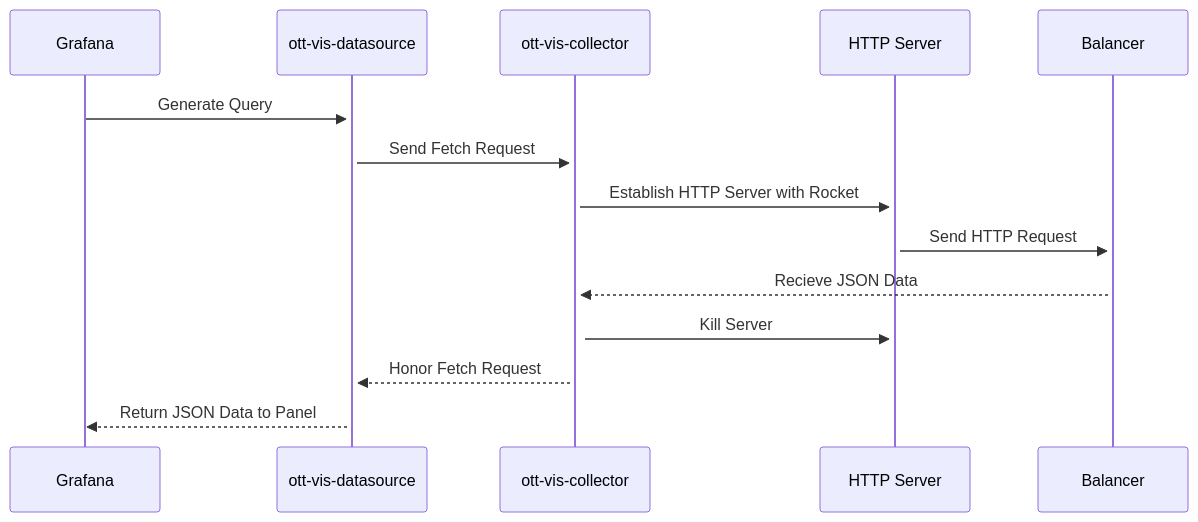
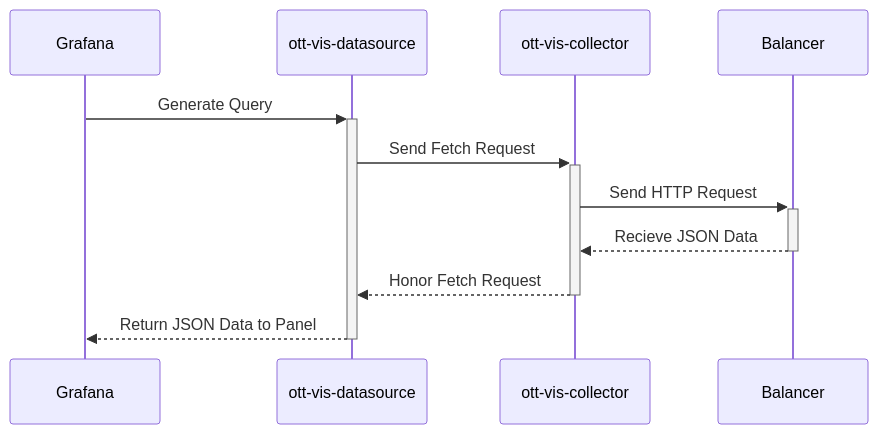
One commit to dyc3/senior-design changed the diagram in figures/visualization-balancer-datasource-sequence.mmd. Above: the diagram before and after it, drawn with Mermaid. The commit also changed 1 other file, not shown here.

Commit message:
update diagram

```diff
--- a/figures/visualization-balancer-datasource-sequence.mmd
+++ b/figures/visualization-balancer-datasource-sequence.mmd
@@ -1,9 +1,7 @@
 sequenceDiagram
     Grafana->>+ott-vis-datasource: Generate Query
     ott-vis-datasource->>+ott-vis-collector: Send Fetch Request
-    ott-vis-collector->>+HTTP Server: Establish HTTP Server with Rocket
-    HTTP Server->>+Balancer: Send HTTP Request
-    Balancer-->>+ott-vis-collector: Recieve JSON Data
-    ott-vis-collector->>+HTTP Server: Kill Server
-    ott-vis-collector-->>+ott-vis-datasource: Honor Fetch Request
-    ott-vis-datasource-->>Grafana: Return JSON Data to Panel
+    ott-vis-collector->>+Balancer: Send HTTP Request
+    Balancer-->>-ott-vis-collector: Recieve JSON Data
+    ott-vis-collector-->>-ott-vis-datasource: Honor Fetch Request
+    ott-vis-datasource-->>-Grafana: Return JSON Data to Panel
```
